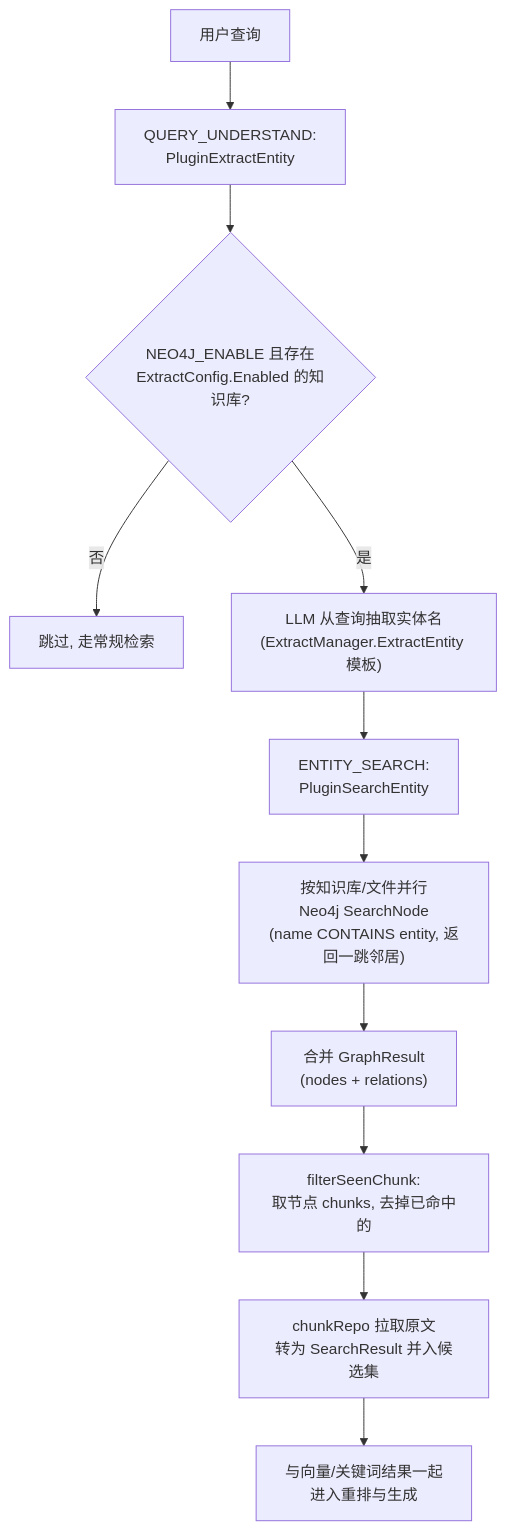
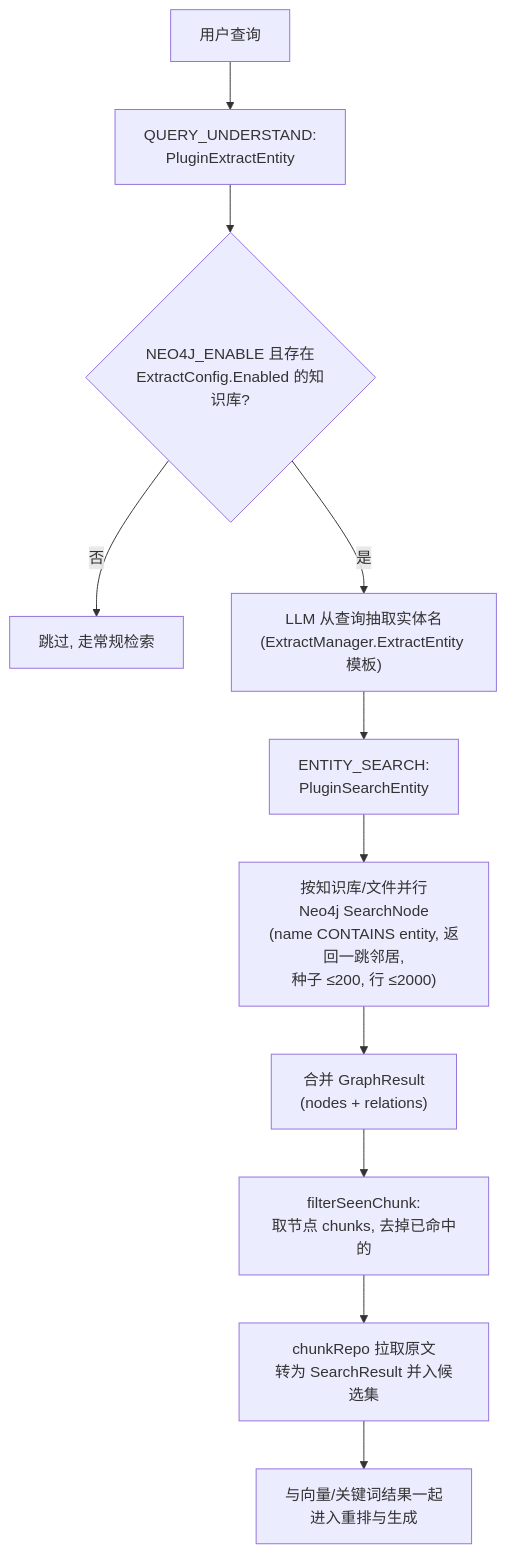
Before and after one commit to michadel/WeKnora: the second of 2 diagrams in website-docs/03-features/09-knowledge-graph.md, drawn with Mermaid. The commit also changed other lines of this file and 125 other files, not shown here.

````diff
--- a/website-docs/03-features/09-knowledge-graph.md
+++ b/website-docs/03-features/09-knowledge-graph.md
@@ -147,13 +154,13 @@
 ```mermaid
 flowchart TD
     Q["用户查询"] --> U["QUERY_UNDERSTAND:<br/>PluginExtractEntity"]
     U --> U1{"NEO4J_ENABLE 且存在<br/>ExtractConfig.Enabled 的知识库?"}
     U1 -->|"否"| SKIP["跳过, 走常规检索"]
     U1 -->|"是"| U2["LLM 从查询抽取实体名<br/>(ExtractManager.ExtractEntity 模板)"]
     U2 --> S["ENTITY_SEARCH:<br/>PluginSearchEntity"]
-    S --> S1["按知识库/文件并行<br/>Neo4j SearchNode<br/>(name CONTAINS entity, 返回一跳邻居)"]
+    S --> S1["按知识库/文件并行<br/>Neo4j SearchNode<br/>(name CONTAINS entity, 返回一跳邻居,<br/>种子 ≤200, 行 ≤2000)"]
     S1 --> S2["合并 GraphResult<br/>(nodes + relations)"]
     S2 --> S3["filterSeenChunk:<br/>取节点 chunks, 去掉已命中的"]
     S3 --> S4["chunkRepo 拉取原文<br/>转为 SearchResult 并入候选集"]
     S4 --> R["与向量/关键词结果一起<br/>进入重排与生成"]
 ```
````
